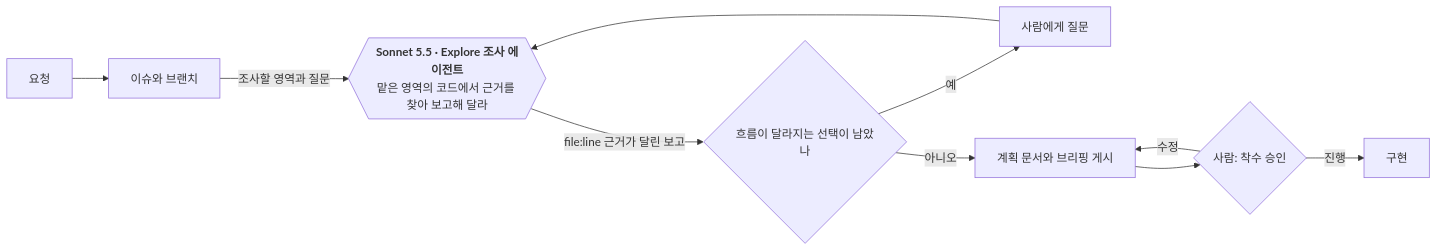
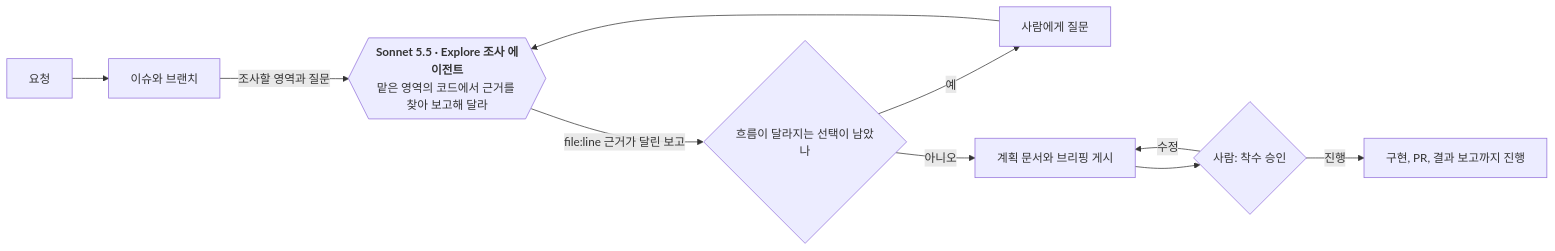
One commit to dincal/agent_logbook changed the third of 8 diagrams in docs/system/flows.md. Above: the diagram before and after it, drawn with Mermaid. The commit also changed other lines of this file and 19 other files, not shown here.

````diff
--- a/docs/system/flows.md
+++ b/docs/system/flows.md
@@ -78,13 +78,13 @@
 ```mermaid
 flowchart LR
   A["요청"] --> B["이슈와 브랜치"]
   B -->|"조사할 영역과 질문"| C{{"`**Sonnet 5.5 · Explore 조사 에이전트**
   맡은 영역의 코드에서 근거를 찾아 보고해 달라`"}}
   C -->|"file:line 근거가 달린 보고"| D{"흐름이 달라지는 선택이 남았나"}
   D -->|"예"| Q["사람에게 질문"]
   Q --> C
   D -->|"아니오"| E["계획 문서와 브리핑 게시"]
   E --> F{"사람: 착수 승인"}
-  F -->|"진행"| G["구현"]
+  F -->|"진행"| G["구현, PR, 결과 보고까지 진행"]
   F -->|"수정"| E
 ```
````
